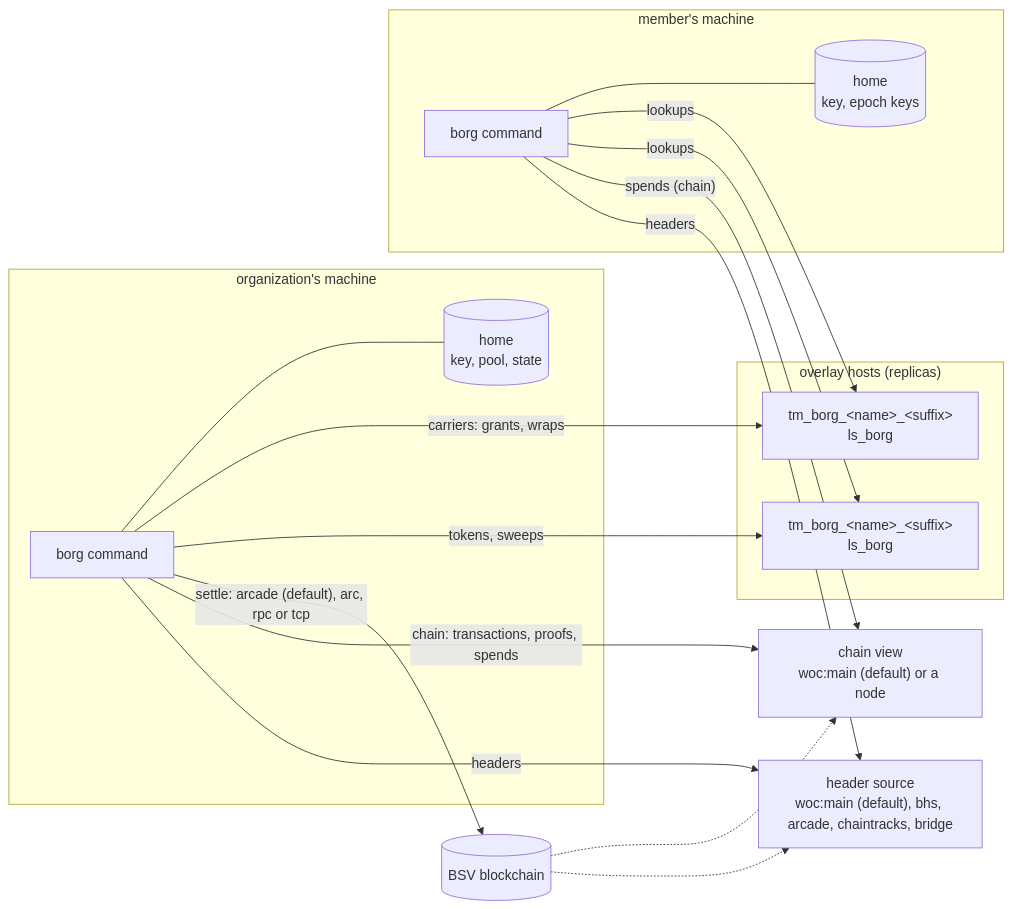
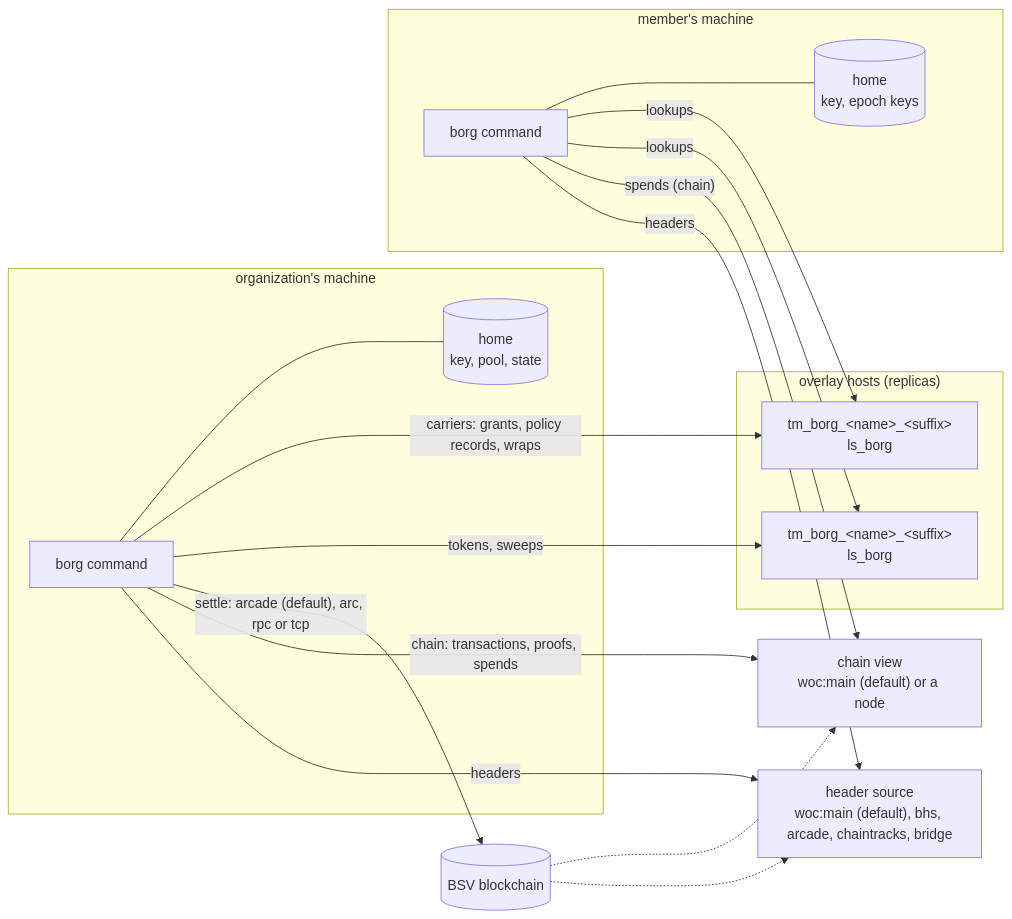
Before and after one commit to lightwebinc/borg: the diagram in docs/architecture.md, drawn with Mermaid. The commit also changed 95 other files, not shown here.

First line of the commit message:
[Fix] US spelling in every user-visible string; diagrams padded and current

````diff
--- a/docs/architecture.md
+++ b/docs/architecture.md
@@ -8,24 +8,25 @@
 ```mermaid
+%%{init: {"flowchart": {"diagramPadding": 48}}}%%
 flowchart LR
   subgraph org["organization's machine"]
     OB["borg command"] --- OH[("home<br/>key, pool, state")]
   end
   subgraph member["member's machine"]
     MB["borg command"] --- MH[("home<br/>key, epoch keys")]
   end
   subgraph hosts["overlay hosts (replicas)"]
     H1["tm_borg_&lt;name&gt;_&lt;suffix&gt;<br/>ls_borg"]
     H2["tm_borg_&lt;name&gt;_&lt;suffix&gt;<br/>ls_borg"]
   end
-  OB -->|"carriers: grants, wraps"| H1
+  OB -->|"carriers: grants, policy records, wraps"| H1
   OB -->|"tokens, sweeps"| H2
   OB -->|"settle: arcade (default), arc, rpc or tcp"| BSV[("BSV blockchain")]
   OB -->|"chain: transactions, proofs, spends"| N["chain view<br/>woc:main (default) or a node"]
   MB -->|lookups| H1
   MB -->|lookups| H2
   MB -->|"spends (chain)"| N
   OB -->|headers| HS["header source<br/>woc:main (default), bhs, arcade, chaintracks, bridge"]
   MB -->|headers| HS
   BSV -.-> N
   BSV -.-> HS
 ```
````
